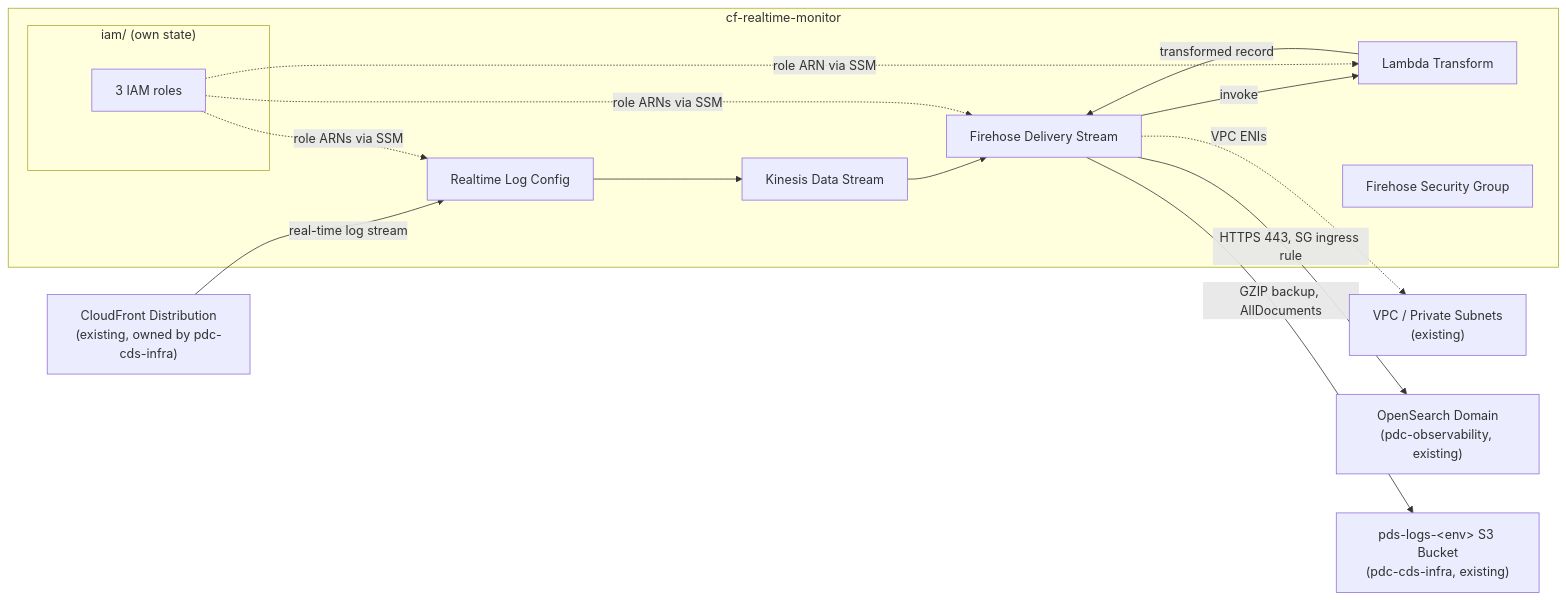
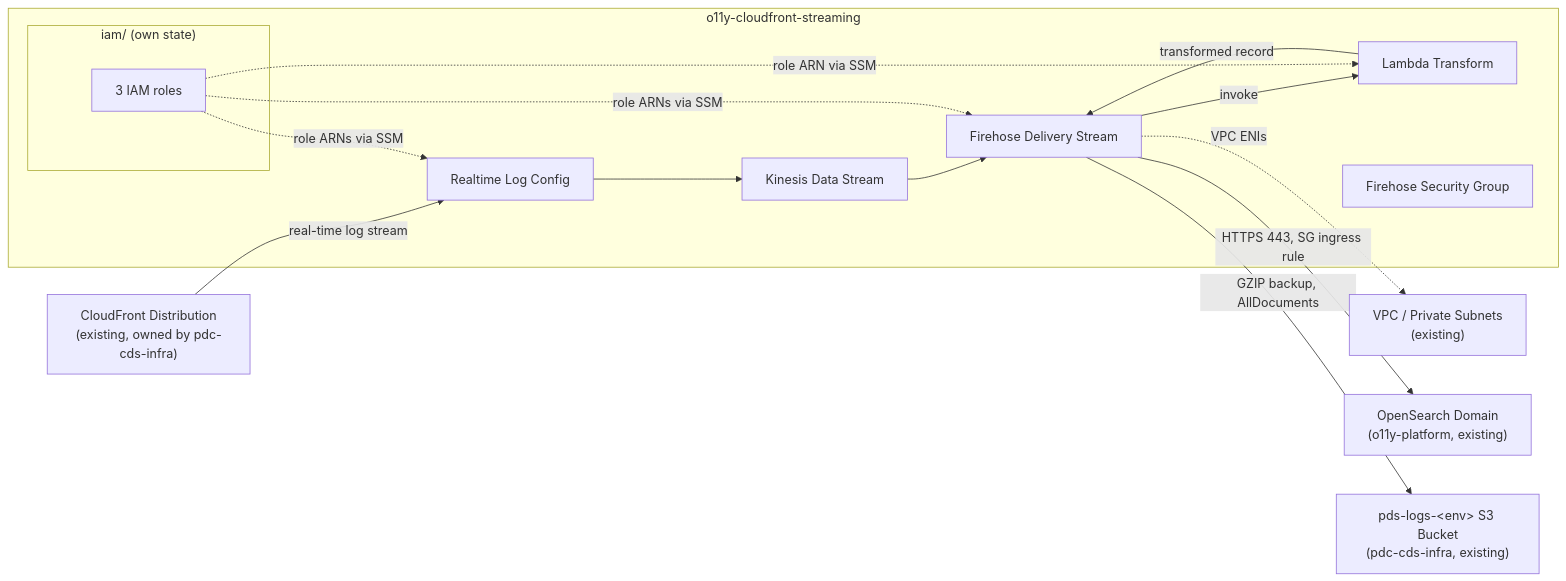
One commit to NASA-PDS/o11y-cloudfront-streaming changed the diagram in README.md. Above: the diagram before and after it, drawn with Mermaid. The commit also changed other lines of this file and 10 other files, not shown here.

First line of the commit message:
Rename stale pdc-observability/cf-realtime-monitor refs to o11y naming

````diff
--- a/README.md
+++ b/README.md
@@ -28,32 +28,32 @@
 ```mermaid
 flowchart LR
     CF["CloudFront Distribution\n(existing, owned by pdc-cds-infra)"]
 
-    subgraph repo["cf-realtime-monitor"]
+    subgraph repo["o11y-cloudfront-streaming"]
         RLC["Realtime Log Config"]
         KIN["Kinesis Data Stream"]
         FH["Firehose Delivery Stream"]
         LAM["Lambda Transform"]
         FHSG["Firehose Security Group"]
 
         subgraph iam["iam/ (own state)"]
             IAMR["3 IAM roles"]
         end
     end
 
     VPC["VPC / Private Subnets\n(existing)"]
-    OS["OpenSearch Domain\n(pdc-observability, existing)"]
+    OS["OpenSearch Domain\n(o11y-platform, existing)"]
     S3["pds-logs-&lt;env&gt; S3 Bucket\n(pdc-cds-infra, existing)"]
 
     CF -->|"real-time log stream"| RLC
     RLC --> KIN
     KIN --> FH
     FH -->|"invoke"| LAM
     LAM -->|"transformed record"| FH
     FH -->|"HTTPS 443, SG ingress rule"| OS
     FH -->|"GZIP backup, AllDocuments"| S3
     FH -.->|"VPC ENIs"| VPC
     IAMR -.->|"role ARNs via SSM"| RLC
     IAMR -.->|"role ARNs via SSM"| FH
     IAMR -.->|"role ARN via SSM"| LAM
 ```
````
